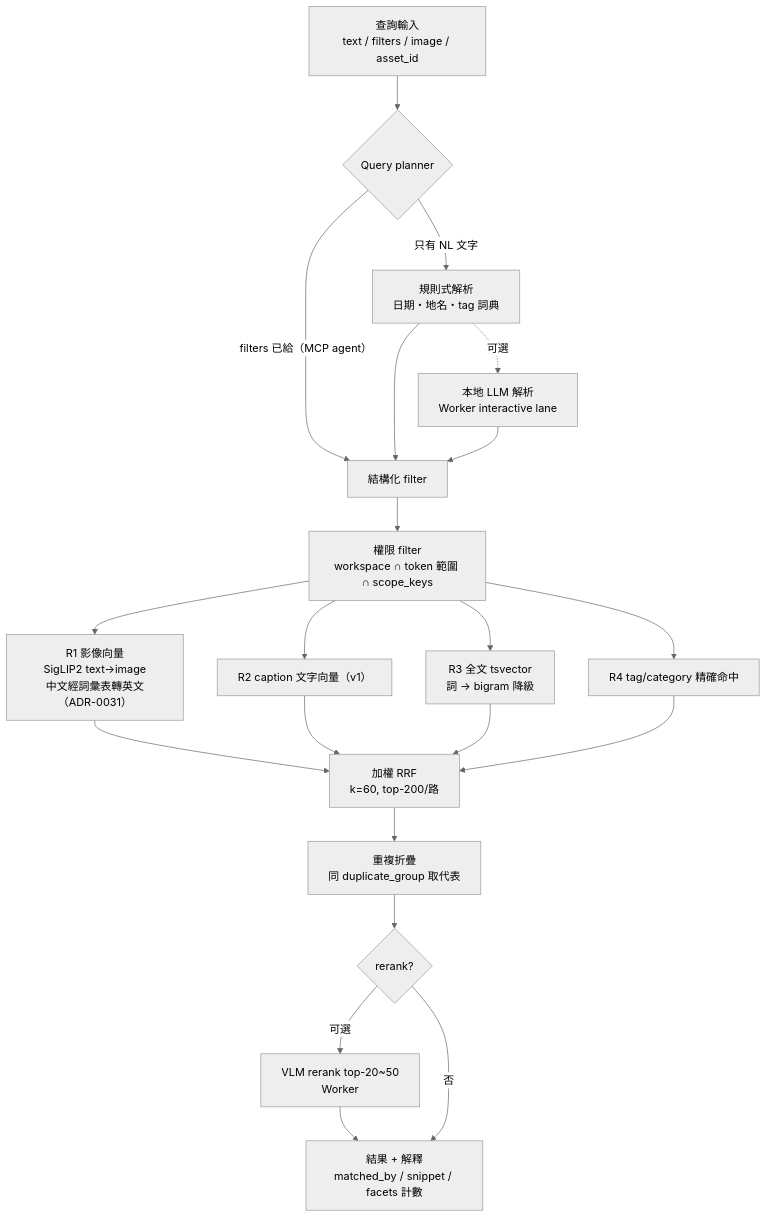
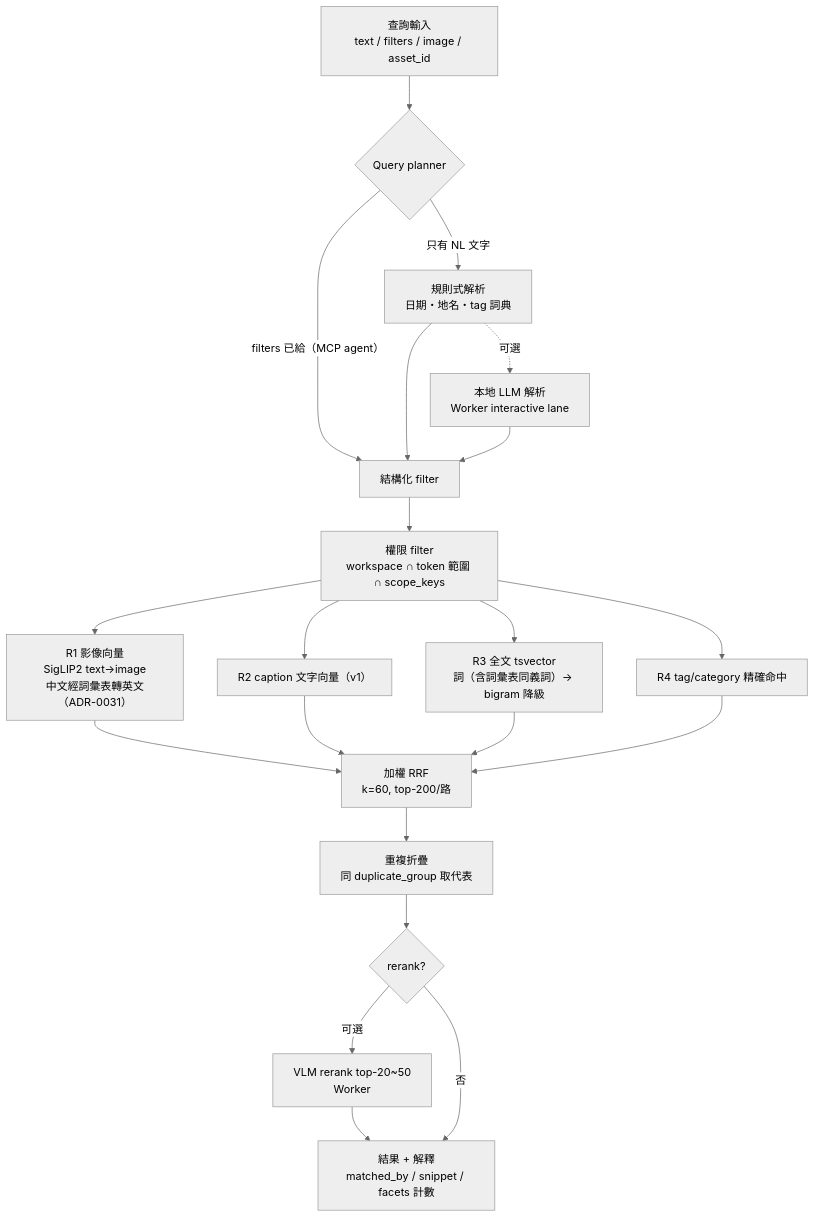
The third of 7 diagrams in docs/05-search-and-mcp.md (romanticamaj/openphotoagent), drawn with Mermaid (neutral theme) before and after one commit. The commit also changed 10 other files, not shown here.

````diff
--- a/docs/05-search-and-mcp.md
+++ b/docs/05-search-and-mcp.md
@@ -191,17 +191,17 @@
 ```mermaid
 flowchart TB
   Q[查詢輸入<br/>text / filters / image / asset_id] --> PL{Query planner}
   PL -->|filters 已給（MCP agent）| F[結構化 filter]
   PL -->|只有 NL 文字| RB[規則式解析<br/>日期・地名・tag 詞典] --> F
   RB -. 可選 .-> LLM[本地 LLM 解析<br/>Worker interactive lane] --> F
   F --> AUTH[權限 filter<br/>workspace ∩ token 範圍 ∩ scope_keys]
   AUTH --> R1[R1 影像向量<br/>SigLIP2 text→image<br/>中文經詞彙表轉英文（ADR-0031）]
   AUTH --> R2[R2 caption 文字向量（v1）]
-  AUTH --> R3[R3 全文 tsvector<br/>詞 → bigram 降級]
+  AUTH --> R3[R3 全文 tsvector<br/>詞（含詞彙表同義詞）→ bigram 降級]
   AUTH --> R4[R4 tag/category 精確命中]
   R1 & R2 & R3 & R4 --> RRF[加權 RRF<br/>k=60, top-200/路]
   RRF --> DD[重複折疊<br/>同 duplicate_group 取代表]
   DD --> RR{rerank?}
   RR -->|可選| VLM[VLM rerank top-20~50<br/>Worker] --> OUT
   RR -->|否| OUT[結果 + 解釋<br/>matched_by / snippet / facets 計數]
 ```
````
